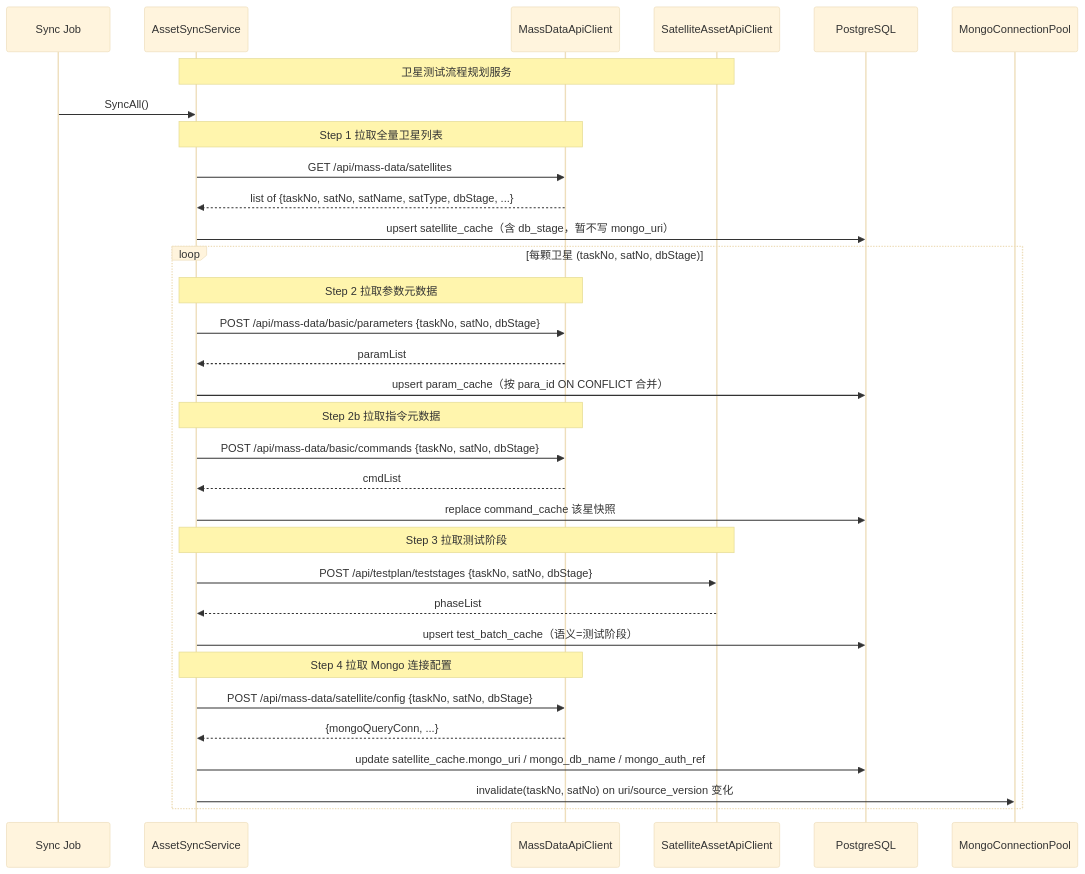
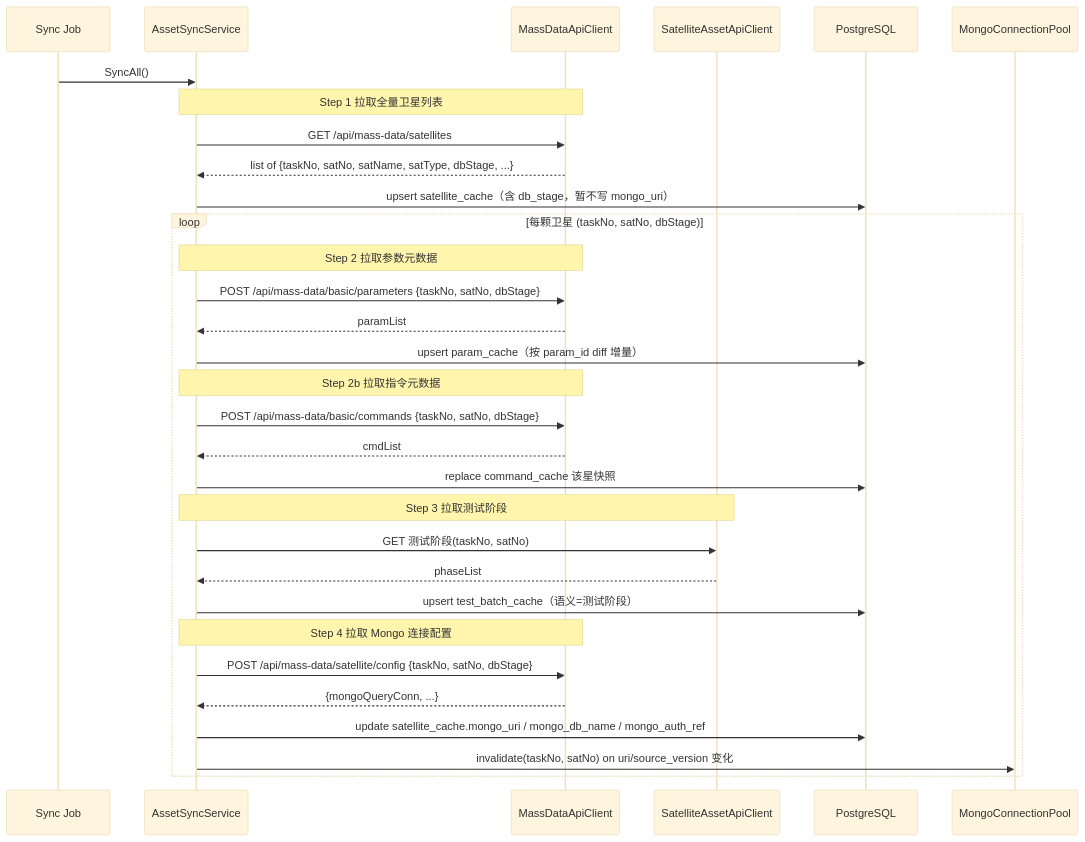
Before and after one commit to supertsingbo-art/SatelliteDataAnalytics: the third of 16 diagrams in design/详细设计文档_卫星测试数据预处理与数据分析平台_V2.0.md, drawn with Mermaid (base theme). The commit also changed other lines of this file and 20 other files, not shown here.

````diff
--- a/design/详细设计文档_卫星测试数据预处理与数据分析平台_V2.0.md
+++ b/design/详细设计文档_卫星测试数据预处理与数据分析平台_V2.0.md
@@ -1055,40 +1034,39 @@
 ```mermaid
 sequenceDiagram
     participant Job as Sync Job
     participant Sync as AssetSyncService
     participant Mass as MassDataApiClient
     participant Sat as SatelliteAssetApiClient
-    Note over Sync,Sat: 卫星测试流程规划服务
     participant PG as PostgreSQL
     participant Pool as MongoConnectionPool
 
     Job->>Sync: SyncAll()
 
     Note over Sync,Mass: Step 1 拉取全量卫星列表
     Sync->>Mass: GET /api/mass-data/satellites
     Mass-->>Sync: list of {taskNo, satNo, satName, satType, dbStage, ...}
     Sync->>PG: upsert satellite_cache（含 db_stage，暂不写 mongo_uri）
 
     loop 每颗卫星 (taskNo, satNo, dbStage)
         Note over Sync,Mass: Step 2 拉取参数元数据
         Sync->>Mass: POST /api/mass-data/basic/parameters {taskNo, satNo, dbStage}
         Mass-->>Sync: paramList
-        Sync->>PG: upsert param_cache（按 para_id ON CONFLICT 合并）
+        Sync->>PG: upsert param_cache（按 param_id diff 增量）
 
         Note over Sync,Mass: Step 2b 拉取指令元数据
         Sync->>Mass: POST /api/mass-data/basic/commands {taskNo, satNo, dbStage}
         Mass-->>Sync: cmdList
         Sync->>PG: replace command_cache 该星快照
 
         Note over Sync,Sat: Step 3 拉取测试阶段
-        Sync->>Sat: POST /api/testplan/teststages {taskNo, satNo, dbStage}
+        Sync->>Sat: GET 测试阶段(taskNo, satNo)
         Sat-->>Sync: phaseList
         Sync->>PG: upsert test_batch_cache（语义=测试阶段）
 
         Note over Sync,Mass: Step 4 拉取 Mongo 连接配置
         Sync->>Mass: POST /api/mass-data/satellite/config {taskNo, satNo, dbStage}
         Mass-->>Sync: {mongoQueryConn, ...}
         Sync->>PG: update satellite_cache.mongo_uri / mongo_db_name / mongo_auth_ref
         Sync->>Pool: invalidate(taskNo, satNo) on uri/source_version 变化
     end
 ```
````
